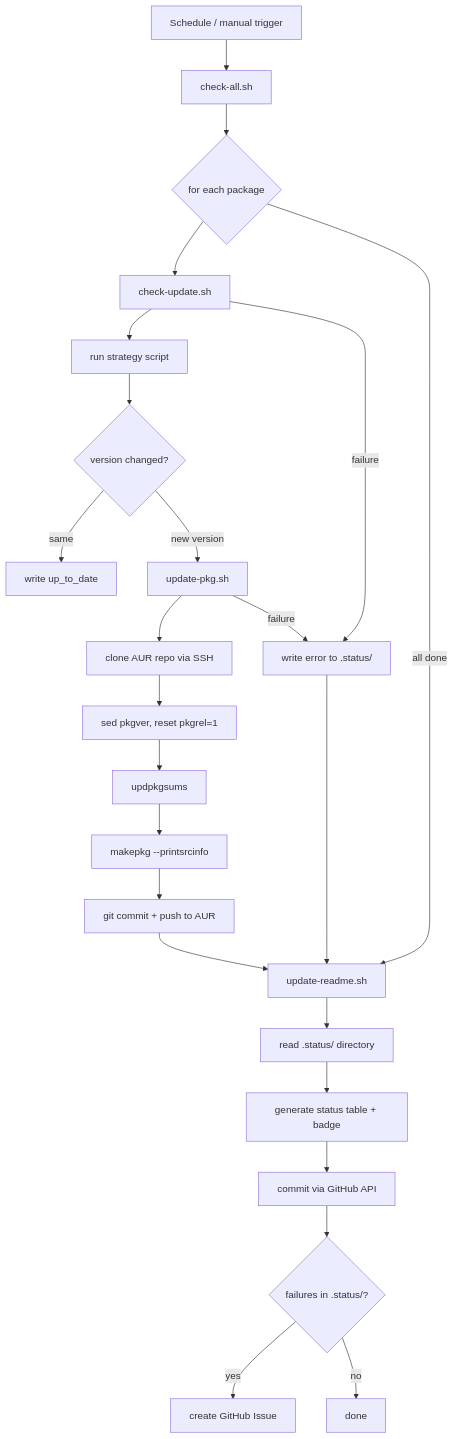
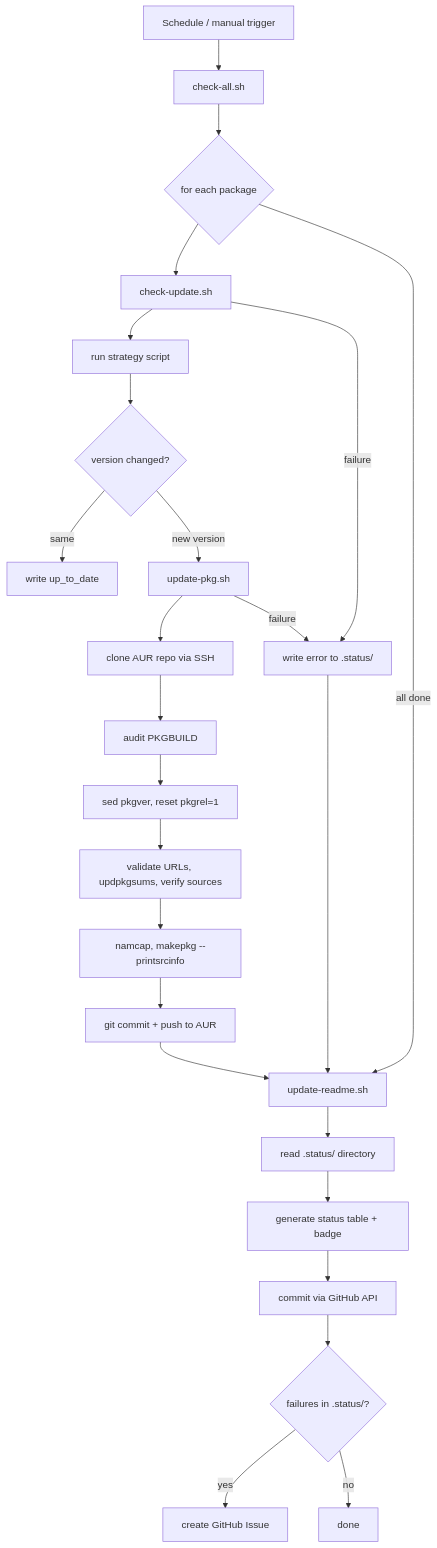
The diagram in docs/WORKFLOW.md (noctuum/sibyl), drawn with Mermaid before and after one commit. The commit also changed other lines of this file and 37 other files, not shown here.

````diff
--- a/docs/WORKFLOW.md
+++ b/docs/WORKFLOW.md
@@ -29,26 +20,27 @@
 ```mermaid
 flowchart TD
     A[Schedule / manual trigger] --> B[check-all.sh]
     B --> C{for each package}
     C --> D[check-update.sh]
     D --> E[run strategy script]
     E --> F{version changed?}
     F -->|same| G[write up_to_date]
     F -->|new version| H[update-pkg.sh]
     H --> H1[clone AUR repo via SSH]
-    H1 --> H2[sed pkgver, reset pkgrel=1]
-    H2 --> H3[updpkgsums]
-    H3 --> H4[makepkg --printsrcinfo]
-    H4 --> H5[git commit + push to AUR]
-    H5 --> K
+    H1 --> H2[audit PKGBUILD]
+    H2 --> H3[sed pkgver, reset pkgrel=1]
+    H3 --> H4[validate URLs, updpkgsums, verify sources]
+    H4 --> H5[namcap, makepkg --printsrcinfo]
+    H5 --> H6[git commit + push to AUR]
+    H6 --> K
     H -->|failure| J[write error to .status/]
     D -->|failure| J
     J --> K
     C -->|all done| K[update-readme.sh]
     K --> K1[read .status/ directory]
     K1 --> K2[generate status table + badge]
     K2 --> L[commit via GitHub API]
     L --> M{failures in .status/?}
     M -->|yes| N[create GitHub Issue]
     M -->|no| O[done]
 ```
````
